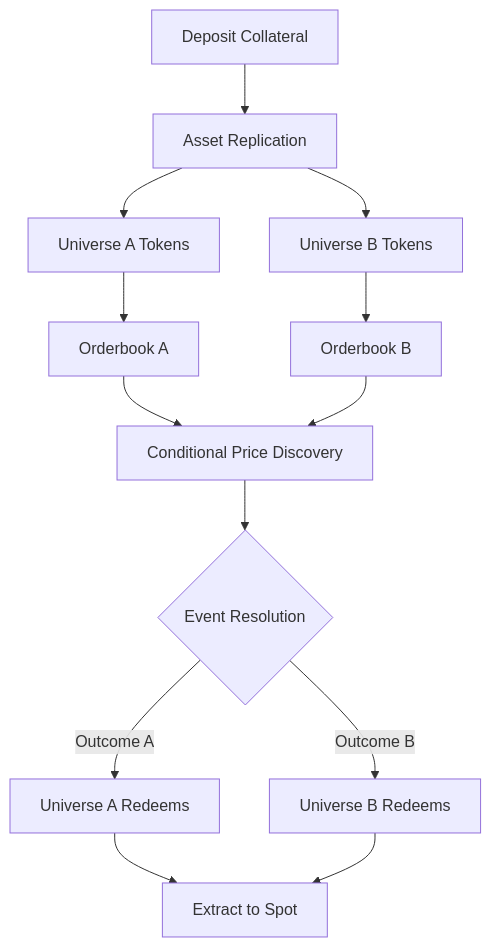
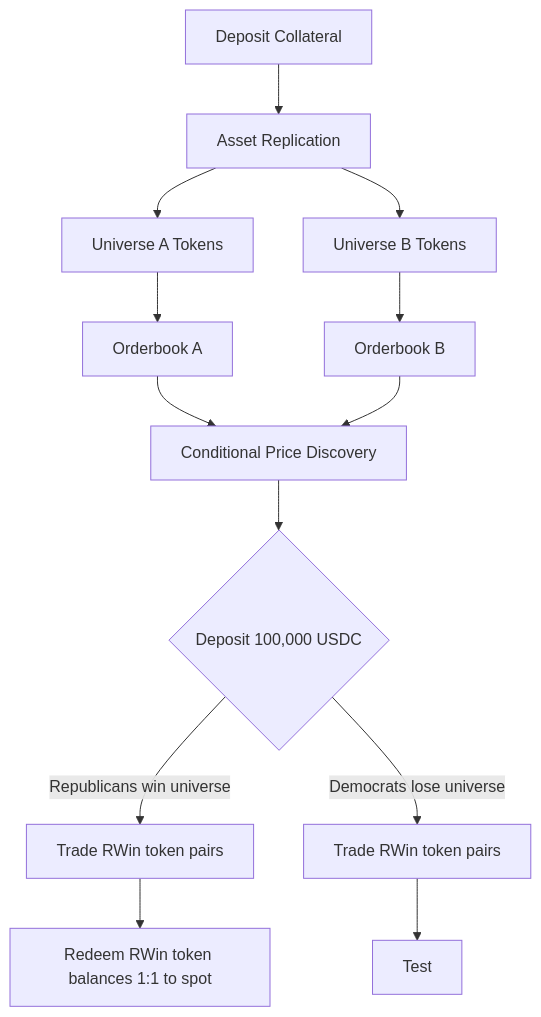
Before and after one commit to lightcone-street/docs: the second of 2 diagrams in guides/the-trading-1.mdx, drawn with Mermaid. The commit also changed 1 other file, not shown here.

Commit message:
Documentation edits made through Mintlify web editor

````diff
--- a/guides/the-trading-1.mdx
+++ b/guides/the-trading-1.mdx
@@ -50,15 +50,15 @@
 ```mermaid
 graph TD
     A[Deposit Collateral] --> B[Asset Replication]
     B --> C[Universe A Tokens]
     B --> D[Universe B Tokens]
     C --> E[Orderbook A]
     D --> F[Orderbook B]
     E --> G[Conditional Price Discovery]
     F --> G
-    G --> H{Event Resolution}
-    H -->|Outcome A| I[Universe A Redeems]
-    H -->|Outcome B| J[Universe B Redeems]
-    I --> K[Extract to Spot]
-    J --> K
+    G --> H{Deposit 100,000 USDC}
+    H -->|Republicans win universe| I[Trade RWin token pairs]
+    H -->|Democrats lose universe| J[Trade RWin token pairs]
+    I --> K[Redeem RWin token balances 1:1 to spot]
+    J --> L[Test]
 ```
````
